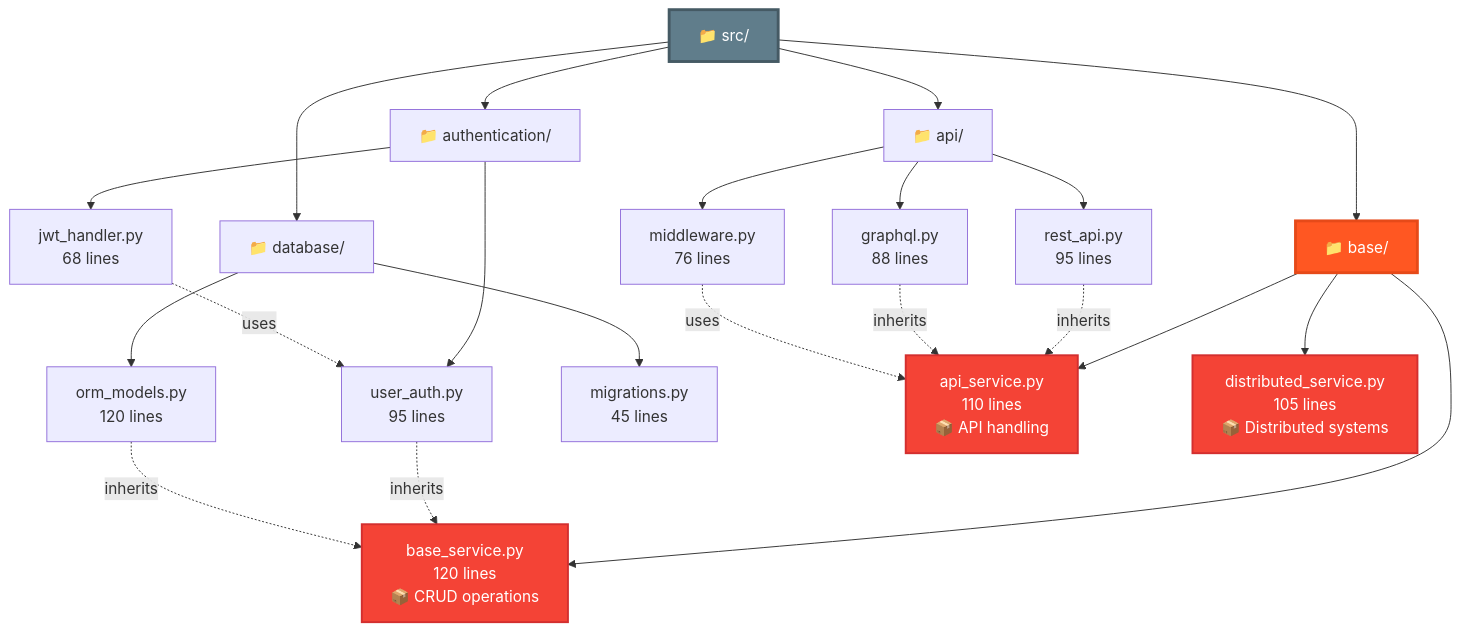
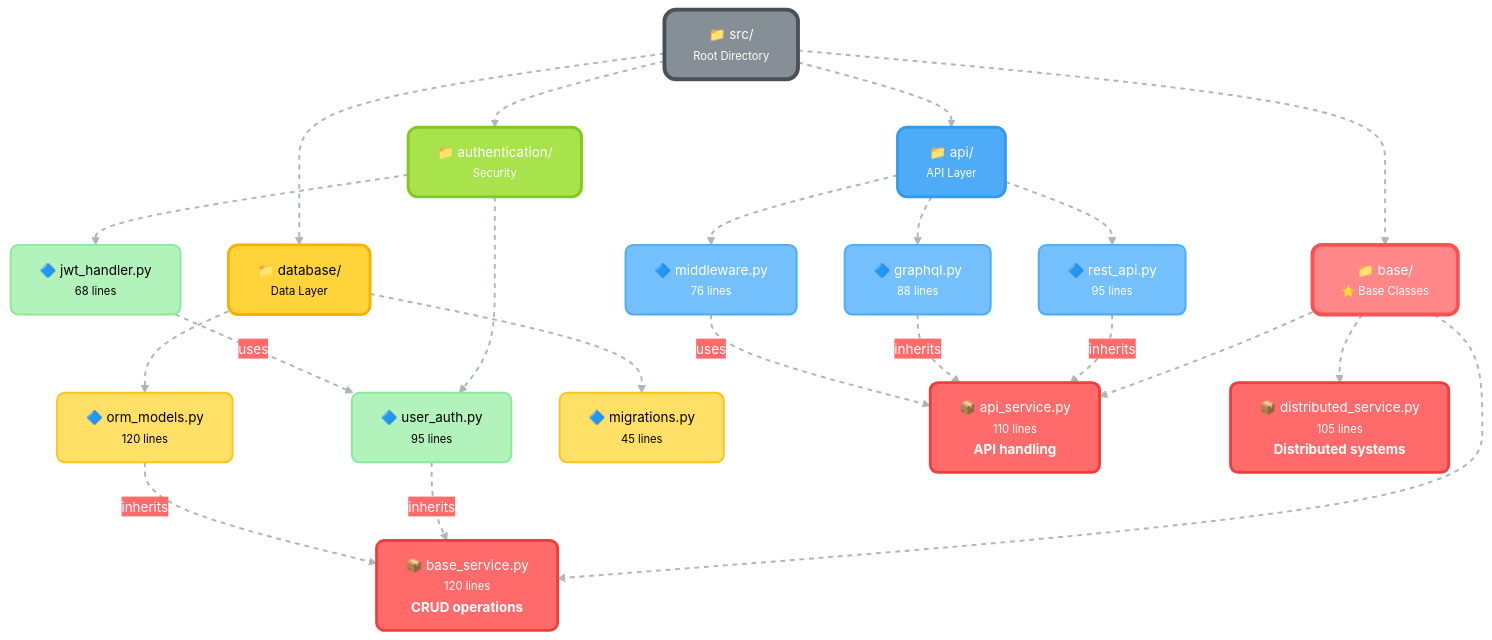
One commit to DivyamTalwar/BLUEPRINT changed the third of 6 diagrams in README.md. Above: the diagram before and after it, drawn with Mermaid. The commit also changed other lines of this file, not shown here.

````diff
--- a/README.md
+++ b/README.md
@@ -293,36 +348,65 @@
 ```mermaid
+%%{init: {'theme':'base', 'themeVariables': {
+  'primaryColor':'#495057',
+  'primaryTextColor':'#fff',
+  'primaryBorderColor':'#343A40',
+  'lineColor':'#ADB5BD',
+  'secondaryColor':'#FF6B6B',
+  'tertiaryColor':'#339AF0',
+  'textColor':'#fff',
+  'fontSize':'14px',
+  'fontFamily':'Poppins'
+}}}%%
 graph TB
-    ROOT[📁 src/]
+    ROOT["📁 src/<br/><small>Root Directory</small>"]
 
-    ROOT --> API[📁 api/]
-    ROOT --> AUTH[📁 authentication/]
-    ROOT --> DB[📁 database/]
-    ROOT --> BASE[📁 base/]
+    ROOT --> API["📁 api/<br/><small>API Layer</small>"]
+    ROOT --> AUTH["📁 authentication/<br/><small>Security</small>"]
+    ROOT --> DB["📁 database/<br/><small>Data Layer</small>"]
+    ROOT --> BASE["📁 base/<br/><small>⭐ Base Classes</small>"]
 
-    API --> REST[rest_api.py<br/>95 lines]
-    API --> GRAPHQL[graphql.py<br/>88 lines]
-    API --> MIDDLEWARE[middleware.py<br/>76 lines]
+    API --> REST["🔷 rest_api.py<br/><small>95 lines</small>"]
+    API --> GRAPHQL["🔷 graphql.py<br/><small>88 lines</small>"]
+    API --> MIDDLEWARE["🔷 middleware.py<br/><small>76 lines</small>"]
 
-    AUTH --> USERAUTH[user_auth.py<br/>95 lines]
-    AUTH --> JWT[jwt_handler.py<br/>68 lines]
+    AUTH --> USERAUTH["🔷 user_auth.py<br/><small>95 lines</small>"]
+    AUTH --> JWT["🔷 jwt_handler.py<br/><small>68 lines</small>"]
 
-    DB --> ORM[orm_models.py<br/>120 lines]
-    DB --> MIGRATIONS[migrations.py<br/>45 lines]
+    DB --> ORM["🔷 orm_models.py<br/><small>120 lines</small>"]
+    DB --> MIGRATIONS["🔷 migrations.py<br/><small>45 lines</small>"]
 
-    BASE --> BASESERVICE[base_service.py<br/>120 lines<br/>📦 CRUD operations]
-    BASE --> APISERVICE[api_service.py<br/>110 lines<br/>📦 API handling]
-    BASE --> DISTSERVICE[distributed_service.py<br/>105 lines<br/>📦 Distributed systems]
+    BASE --> BASESERVICE["📦 base_service.py<br/><small>120 lines</small><br/><b>CRUD operations</b>"]
+    BASE --> APISERVICE["📦 api_service.py<br/><small>110 lines</small><br/><b>API handling</b>"]
+    BASE --> DISTSERVICE["📦 distributed_service.py<br/><small>105 lines</small><br/><b>Distributed systems</b>"]
 
-    REST -.inherits.-> APISERVICE
-    GRAPHQL -.inherits.-> APISERVICE
-    MIDDLEWARE -.uses.-> APISERVICE
-    USERAUTH -.inherits.-> BASESERVICE
-    ORM -.inherits.-> BASESERVICE
-    JWT -.uses.-> USERAUTH
+    REST -.->|inherits| APISERVICE
+    GRAPHQL -.->|inherits| APISERVICE
+    MIDDLEWARE -.->|uses| APISERVICE
+    USERAUTH -.->|inherits| BASESERVICE
+    ORM -.->|inherits| BASESERVICE
+    JWT -.->|uses| USERAUTH
 
-    style ROOT fill:#607D8B,stroke:#455A64,stroke-width:3px,color:#fff
-    style BASE fill:#FF5722,stroke:#E64A19,stroke-width:3px,color:#fff
-    style BASESERVICE fill:#F44336,stroke:#D32F2F,stroke-width:2px,color:#fff
-    style APISERVICE fill:#F44336,stroke:#D32F2F,stroke-width:2px,color:#fff
-    style DISTSERVICE fill:#F44336,stroke:#D32F2F,stroke-width:2px,color:#fff
+    %% Node Styles
+    style ROOT fill:#868E96,stroke:#495057,stroke-width:4px,color:#fff,rx:12,ry:12
+    style API fill:#4DABF7,stroke:#339AF0,stroke-width:3px,color:#fff,rx:10,ry:10
+    style AUTH fill:#A9E34B,stroke:#82C91E,stroke-width:3px,color:#fff,rx:10,ry:10
+    style DB fill:#FFD43B,stroke:#FAB005,stroke-width:3px,color:#000,rx:10,ry:10
+    style BASE fill:#FF8787,stroke:#FA5252,stroke-width:4px,color:#fff,rx:10,ry:10
+
+    style BASESERVICE fill:#FF6B6B,stroke:#F03E3E,stroke-width:3px,color:#fff,rx:8,ry:8
+    style APISERVICE fill:#FF6B6B,stroke:#F03E3E,stroke-width:3px,color:#fff,rx:8,ry:8
+    style DISTSERVICE fill:#FF6B6B,stroke:#F03E3E,stroke-width:3px,color:#fff,rx:8,ry:8
+
+    style REST fill:#74C0FC,stroke:#4DABF7,stroke-width:2px,color:#fff,rx:8,ry:8
+    style GRAPHQL fill:#74C0FC,stroke:#4DABF7,stroke-width:2px,color:#fff,rx:8,ry:8
+    style MIDDLEWARE fill:#74C0FC,stroke:#4DABF7,stroke-width:2px,color:#fff,rx:8,ry:8
+
+    style USERAUTH fill:#B2F2BB,stroke:#8CE99A,stroke-width:2px,color:#000,rx:8,ry:8
+    style JWT fill:#B2F2BB,stroke:#8CE99A,stroke-width:2px,color:#000,rx:8,ry:8
+
+    style ORM fill:#FFE066,stroke:#FCC419,stroke-width:2px,color:#000,rx:8,ry:8
+    style MIGRATIONS fill:#FFE066,stroke:#FCC419,stroke-width:2px,color:#000,rx:8,ry:8
+
+    %% Link Styles
+    linkStyle default stroke:#ADB5BD,stroke-width:2px,stroke-dasharray:5 5
 ```
````
